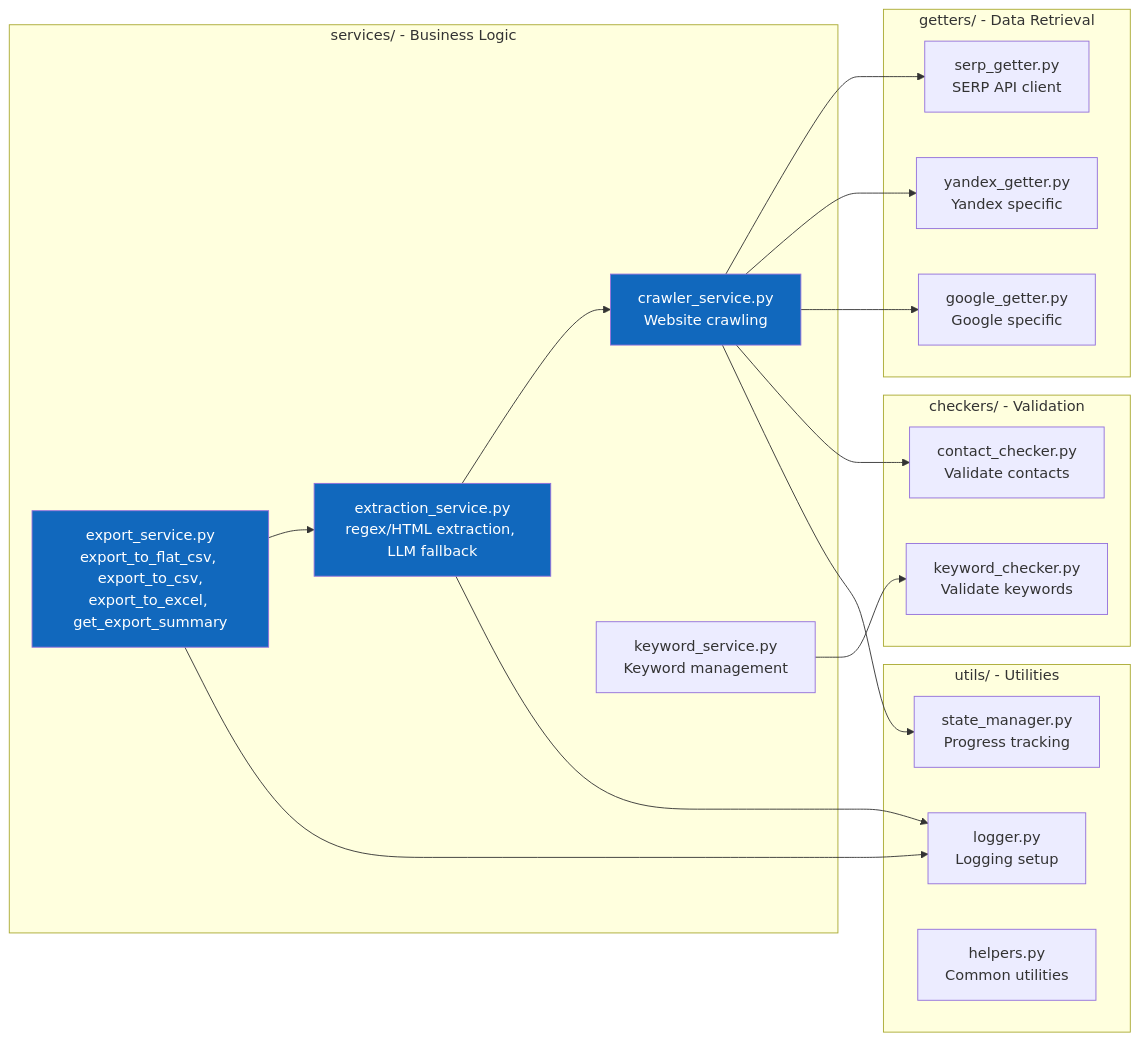
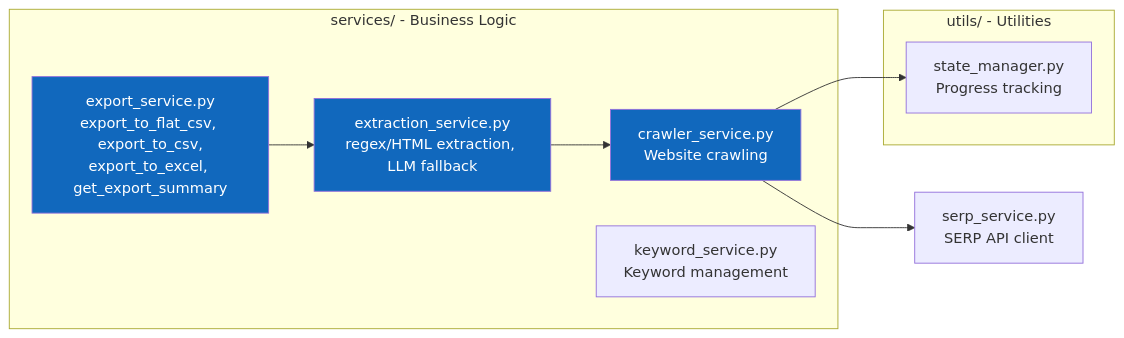
One commit to hauptmann1971/b2b-contact-miner changed the sixth of 8 diagrams in doc/C4_ARCHITECTURE.md. Above: the diagram before and after it, drawn with Mermaid. The commit also changed other lines of this file and 9 other files, not shown here.

````diff
--- a/doc/C4_ARCHITECTURE.md
+++ b/doc/C4_ARCHITECTURE.md
@@ -258,44 +258,24 @@
 ```mermaid
 graph LR
     subgraph "services/ - Business Logic"
         CrawlerService[crawler_service.py<br/>Website crawling]
         ExtractionService[extraction_service.py<br/>regex/HTML extraction, LLM fallback]
         ExportService[export_service.py<br/>export_to_flat_csv, export_to_csv,<br/>export_to_excel, get_export_summary]
         KeywordService[keyword_service.py<br/>Keyword management]
     end
     
-    subgraph "getters/ - Data Retrieval"
-        SERPGetter[serp_getter.py<br/>SERP API client]
-        YandexGetter[yandex_getter.py<br/>Yandex specific]
-        GoogleGetter[google_getter.py<br/>Google specific]
-    end
-    
-    subgraph "checkers/ - Validation"
-        KeywordChecker[keyword_checker.py<br/>Validate keywords]
-        ContactChecker[contact_checker.py<br/>Validate contacts]
-    end
+    SerpService[serp_service.py<br/>SERP API client]
     
     subgraph "utils/ - Utilities"
         StateManager[state_manager.py<br/>Progress tracking]
-        Logger[logger.py<br/>Logging setup]
-        Helpers[helpers.py<br/>Common utilities]
     end
     
-    CrawlerService --> SERPGetter
-    CrawlerService --> YandexGetter
-    CrawlerService --> GoogleGetter
-    
+    CrawlerService --> SerpService
     ExtractionService --> CrawlerService
     ExportService --> ExtractionService
-    
-    KeywordService --> KeywordChecker
-    CrawlerService --> ContactChecker
-    
     CrawlerService --> StateManager
-    ExtractionService --> Logger
-    ExportService --> Logger
     
     style CrawlerService fill:#1168bd,color:#fff
     style ExtractionService fill:#1168bd,color:#fff
     style ExportService fill:#1168bd,color:#fff
 ```
````
